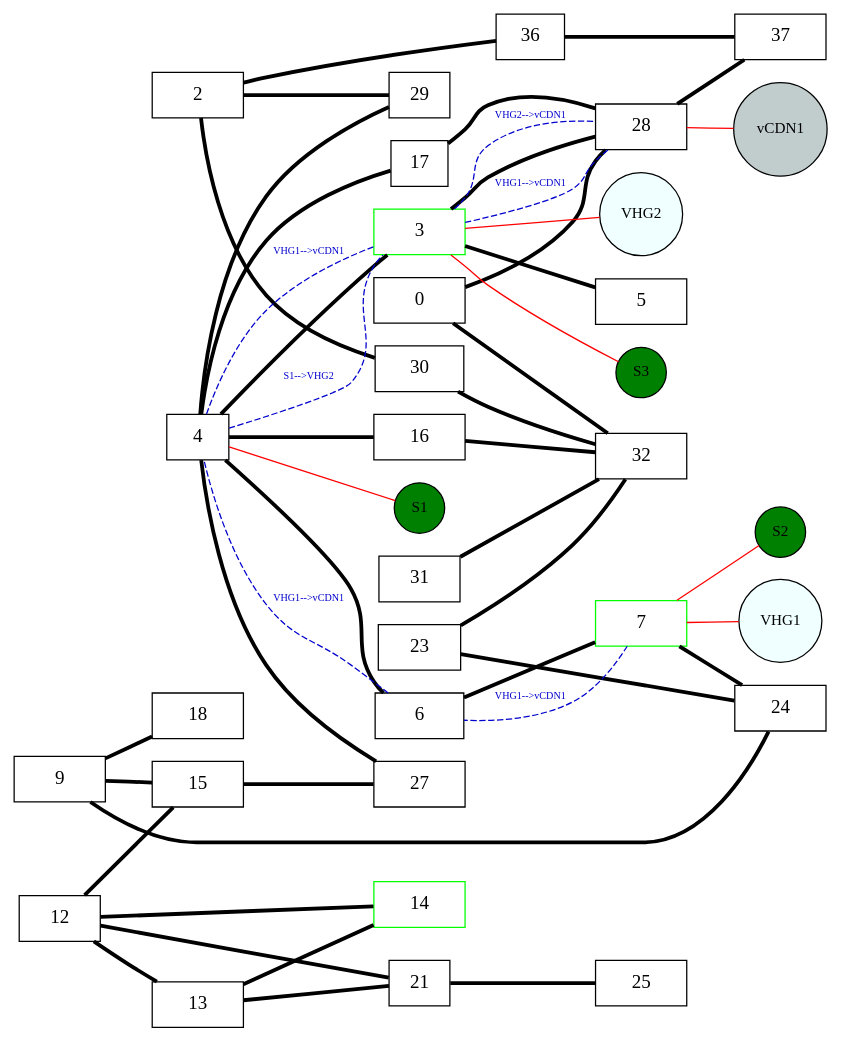
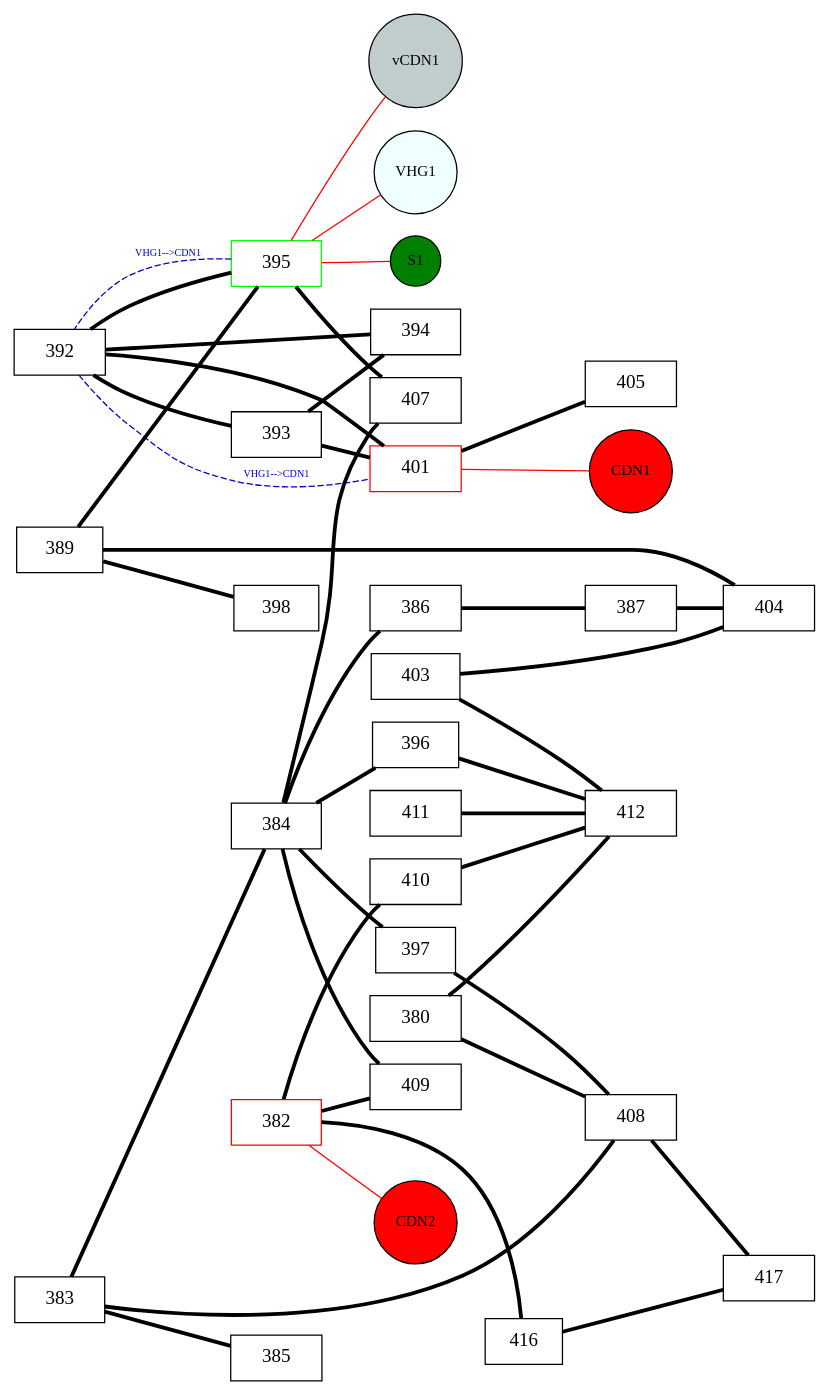
Before and after one commit to nherbaut/vCDN: the diagram in src/substrate.dot, drawn with Graphviz. The commit also changed 4 other files, not shown here.

```diff
--- a/src/substrate.dot
+++ b/src/substrate.dot
@@ -1,92 +1,86 @@
 graph{rankdir=LR;
 
 
 
  subgraph{
 
 
-24 [shape=box,color=black,width=1.000000,fontsize=15,pos="24,24"];
-25 [shape=box,color=black,width=1.000000,fontsize=15,pos="25,25"];
-27 [shape=box,color=black,width=1.000000,fontsize=15,pos="27,27"];
-21 [shape=box,color=black,width=0.671837,fontsize=15,pos="21,21"];
-23 [shape=box,color=black,width=0.898503,fontsize=15,pos="23,23"];
-28 [shape=box,color=black,width=1.000000,fontsize=15,pos="28,28"];
-29 [shape=box,color=black,width=0.661616,fontsize=15,pos="29,29"];
-0 [shape=box,color=black,width=1.000000,fontsize=15,pos="0,0"];
-3 [shape=box,color=green1,width=1.000000,fontsize=15,pos="3,3"];
-2 [shape=box,color=black,width=1.000000,fontsize=15,pos="2,2"];
-5 [shape=box,color=black,width=1.000000,fontsize=15,pos="5,5"];
-4 [shape=box,color=black,width=0.676219,fontsize=15,pos="4,4"];
-7 [shape=box,color=green1,width=1.000000,fontsize=15,pos="7,7"];
-6 [shape=box,color=black,width=0.965864,fontsize=15,pos="6,6"];
-9 [shape=box,color=black,width=1.000000,fontsize=15,pos="9,9"];
-13 [shape=box,color=black,width=1.000000,fontsize=15,pos="13,13"];
-12 [shape=box,color=black,width=0.887901,fontsize=15,pos="12,12"];
-15 [shape=box,color=black,width=1.000000,fontsize=15,pos="15,15"];
-14 [shape=box,color=green1,width=1.000000,fontsize=15,pos="14,14"];
-17 [shape=box,color=black,width=0.624093,fontsize=15,pos="17,17"];
-16 [shape=box,color=black,width=1.000000,fontsize=15,pos="16,16"];
-18 [shape=box,color=black,width=1.000000,fontsize=15,pos="18,18"];
-31 [shape=box,color=black,width=0.887214,fontsize=15,pos="31,31"];
-30 [shape=box,color=black,width=0.974412,fontsize=15,pos="30,30"];
-37 [shape=box,color=black,width=1.000000,fontsize=15,pos="37,37"];
-36 [shape=box,color=black,width=0.753582,fontsize=15,pos="36,36"];
-32 [shape=box,color=black,width=1.000000,fontsize=15,pos="32,32"];
-0--28 [  penwidth="3", fontsize=15,len=2];
- 0--32 [  penwidth="3", fontsize=15,len=2];
- 12--13 [  penwidth="3", fontsize=15,len=2];
- 12--14 [  penwidth="3", fontsize=15,len=2];
- 12--15 [  penwidth="3", fontsize=15,len=2];
- 12--21 [  penwidth="3", fontsize=15,len=2];
- 13--14 [  penwidth="3", fontsize=15,len=2];
- 13--21 [  penwidth="3", fontsize=15,len=2];
- 15--27 [  penwidth="3", fontsize=15,len=2];
- 16--32 [  penwidth="3", fontsize=15,len=2];
- 17--28 [  penwidth="3", fontsize=15,len=2];
- 21--25 [  penwidth="3", fontsize=15,len=2];
- 2--29 [  penwidth="3", fontsize=15,len=2];
- 2--30 [  penwidth="3", fontsize=15,len=2];
- 23--24 [  penwidth="3", fontsize=15,len=2];
- 23--32 [  penwidth="3", fontsize=15,len=2];
- 2--36 [  penwidth="3", fontsize=15,len=2];
- 28--37 [  penwidth="3", fontsize=15,len=2];
- 30--32 [  penwidth="3", fontsize=15,len=2];
- 31--32 [  penwidth="3", fontsize=15,len=2];
- 3--28 [  penwidth="3", fontsize=15,len=2];
- 3--4 [  penwidth="3", fontsize=15,len=2];
- 3--5 [  penwidth="3", fontsize=15,len=2];
- 36--37 [  penwidth="3", fontsize=15,len=2];
- 4--16 [  penwidth="3", fontsize=15,len=2];
- 4--17 [  penwidth="3", fontsize=15,len=2];
- 4--27 [  penwidth="3", fontsize=15,len=2];
- 4--29 [  penwidth="3", fontsize=15,len=2];
- 4--6 [  penwidth="3", fontsize=15,len=2];
- 6--7 [  penwidth="3", fontsize=15,len=2];
- 7--24 [  penwidth="3", fontsize=15,len=2];
- 9--15 [  penwidth="3", fontsize=15,len=2];
- 9--18 [  penwidth="3", fontsize=15,len=2];
- 9--24 [  penwidth="3", fontsize=15,len=2];
- 28--vCDN1[color=red,len=1.5];
+393 [shape=box,color=black,width=0.982182,fontsize=15,pos="39,93"];
+392 [shape=box,color=black,width=0.998922,fontsize=15,pos="39,92"];
+397 [shape=box,color=black,width=0.880103,fontsize=15,pos="39,97"];
+396 [shape=box,color=black,width=0.940026,fontsize=15,pos="39,96"];
+395 [shape=box,color=green1,width=0.993032,fontsize=15,pos="39,95"];
+394 [shape=box,color=black,width=0.991802,fontsize=15,pos="39,94"];
+398 [shape=box,color=black,width=0.931716,fontsize=15,pos="39,98"];
+407 [shape=box,color=black,width=1.000000,fontsize=15,pos="40,7"];
+405 [shape=box,color=black,width=1.000000,fontsize=15,pos="40,5"];
+404 [shape=box,color=black,width=1.000000,fontsize=15,pos="40,4"];
+403 [shape=box,color=black,width=0.975021,fontsize=15,pos="40,3"];
+401 [shape=box,color=red1,width=1.000000,fontsize=15,pos="40,1"];
+409 [shape=box,color=black,width=1.000000,fontsize=15,pos="40,9"];
+408 [shape=box,color=black,width=1.000000,fontsize=15,pos="40,8"];
+380 [shape=box,color=black,width=1.000000,fontsize=15,pos="38,80"];
+382 [shape=box,color=red1,width=0.979737,fontsize=15,pos="38,82"];
+383 [shape=box,color=black,width=0.984412,fontsize=15,pos="38,83"];
+384 [shape=box,color=black,width=0.982325,fontsize=15,pos="38,84"];
+385 [shape=box,color=black,width=1.000000,fontsize=15,pos="38,85"];
+386 [shape=box,color=black,width=1.000000,fontsize=15,pos="38,86"];
+387 [shape=box,color=black,width=1.000000,fontsize=15,pos="38,87"];
+389 [shape=box,color=black,width=0.947655,fontsize=15,pos="38,89"];
+416 [shape=box,color=black,width=0.852579,fontsize=15,pos="41,16"];
+417 [shape=box,color=black,width=1.000000,fontsize=15,pos="41,17"];
+410 [shape=box,color=black,width=1.000000,fontsize=15,pos="41,10"];
+411 [shape=box,color=black,width=1.000000,fontsize=15,pos="41,11"];
+412 [shape=box,color=black,width=1.000000,fontsize=15,pos="41,12"];
+380--408 [  penwidth="3", fontsize=15,len=2];
+ 380--412 [  penwidth="3", fontsize=15,len=2];
+ 382--409 [  penwidth="3", fontsize=15,len=2];
+ 382--410 [  penwidth="3", fontsize=15,len=2];
+ 382--416 [  penwidth="3", fontsize=15,len=2];
+ 383--384 [  penwidth="3", fontsize=15,len=2];
+ 383--385 [  penwidth="3", fontsize=15,len=2];
+ 383--408 [  penwidth="3", fontsize=15,len=2];
+ 384--386 [  penwidth="3", fontsize=15,len=2];
+ 384--396 [  penwidth="3", fontsize=15,len=2];
+ 384--397 [  penwidth="3", fontsize=15,len=2];
+ 384--407 [  penwidth="3", fontsize=15,len=2];
+ 384--409 [  penwidth="3", fontsize=15,len=2];
+ 386--387 [  penwidth="3", fontsize=15,len=2];
+ 387--404 [  penwidth="3", fontsize=15,len=2];
+ 389--395 [  penwidth="3", fontsize=15,len=2];
+ 389--398 [  penwidth="3", fontsize=15,len=2];
+ 389--404 [  penwidth="3", fontsize=15,len=2];
+ 392--393 [  penwidth="3", fontsize=15,len=2];
+ 392--394 [  penwidth="3", fontsize=15,len=2];
+ 392--395 [  penwidth="3", fontsize=15,len=2];
+ 392--401 [  penwidth="3", fontsize=15,len=2];
+ 393--394 [  penwidth="3", fontsize=15,len=2];
+ 393--401 [  penwidth="3", fontsize=15,len=2];
+ 395--407 [  penwidth="3", fontsize=15,len=2];
+ 396--412 [  penwidth="3", fontsize=15,len=2];
+ 397--408 [  penwidth="3", fontsize=15,len=2];
+ 401--405 [  penwidth="3", fontsize=15,len=2];
+ 403--404 [  penwidth="3", fontsize=15,len=2];
+ 403--412 [  penwidth="3", fontsize=15,len=2];
+ 408--417 [  penwidth="3", fontsize=15,len=2];
+ 410--412 [  penwidth="3", fontsize=15,len=2];
+ 411--412 [  penwidth="3", fontsize=15,len=2];
+ 416--417 [  penwidth="3", fontsize=15,len=2];
+ 382--CDN2[color=red,len=1.5];
+CDN2[shape=circle,fillcolor=red,style=filled,fontsize=12];
+395--S1[color=red,len=1.5];
+S1[shape=circle,fillcolor=green,style=filled,fontsize=12];
+395--vCDN1[color=red,len=1.5];
 vCDN1[shape=circle,fillcolor=azure3,style=filled,fontsize=12];
-3--S3[color=red,len=1.5];
-S3[shape=circle,fillcolor=green,style=filled,fontsize=12];
-3--VHG2[color=red,len=1.5];
-VHG2[shape=circle,fillcolor=azure1,style=filled,fontsize=12];
-4--S1[color=red,len=1.5];
-S1[shape=circle,fillcolor=green,style=filled,fontsize=12];
-7--S2[color=red,len=1.5];
-S2[shape=circle,fillcolor=green,style=filled,fontsize=12];
-7--VHG1[color=red,len=1.5];
+395--VHG1[color=red,len=1.5];
 VHG1[shape=circle,fillcolor=azure1,style=filled,fontsize=12];
+401--CDN1[color=red,len=1.5];
+CDN1[shape=circle,fillcolor=red,style=filled,fontsize=12];
 }
 subgraph{
  edge[color=blue3,weight=0];
-3--28 [ style=dashed,label="VHG1-->vCDN1",fontcolor=blue3 ,fontsize=8,penwidth=1];
- 3--28 [ style=dashed,label="VHG2-->vCDN1",fontcolor=blue3 ,fontsize=8,penwidth=1];
- 4--3 [ style=dashed,label="S1-->VHG2",fontcolor=blue3 ,fontsize=8,penwidth=1];
- 4--3 [ style=dashed,label="VHG1-->vCDN1",fontcolor=blue3 ,fontsize=8,penwidth=1];
- 6--4 [ style=dashed,label="VHG1-->vCDN1",fontcolor=blue3 ,fontsize=8,penwidth=1];
- 7--6 [ style=dashed,label="VHG1-->vCDN1",fontcolor=blue3 ,fontsize=8,penwidth=1];
+392--401 [ style=dashed,label="VHG1-->CDN1",fontcolor=blue3 ,fontsize=8,penwidth=1];
+ 395--392 [ style=dashed,label="VHG1-->CDN1",fontcolor=blue3 ,fontsize=8,penwidth=1];
  }
 
 }
```
